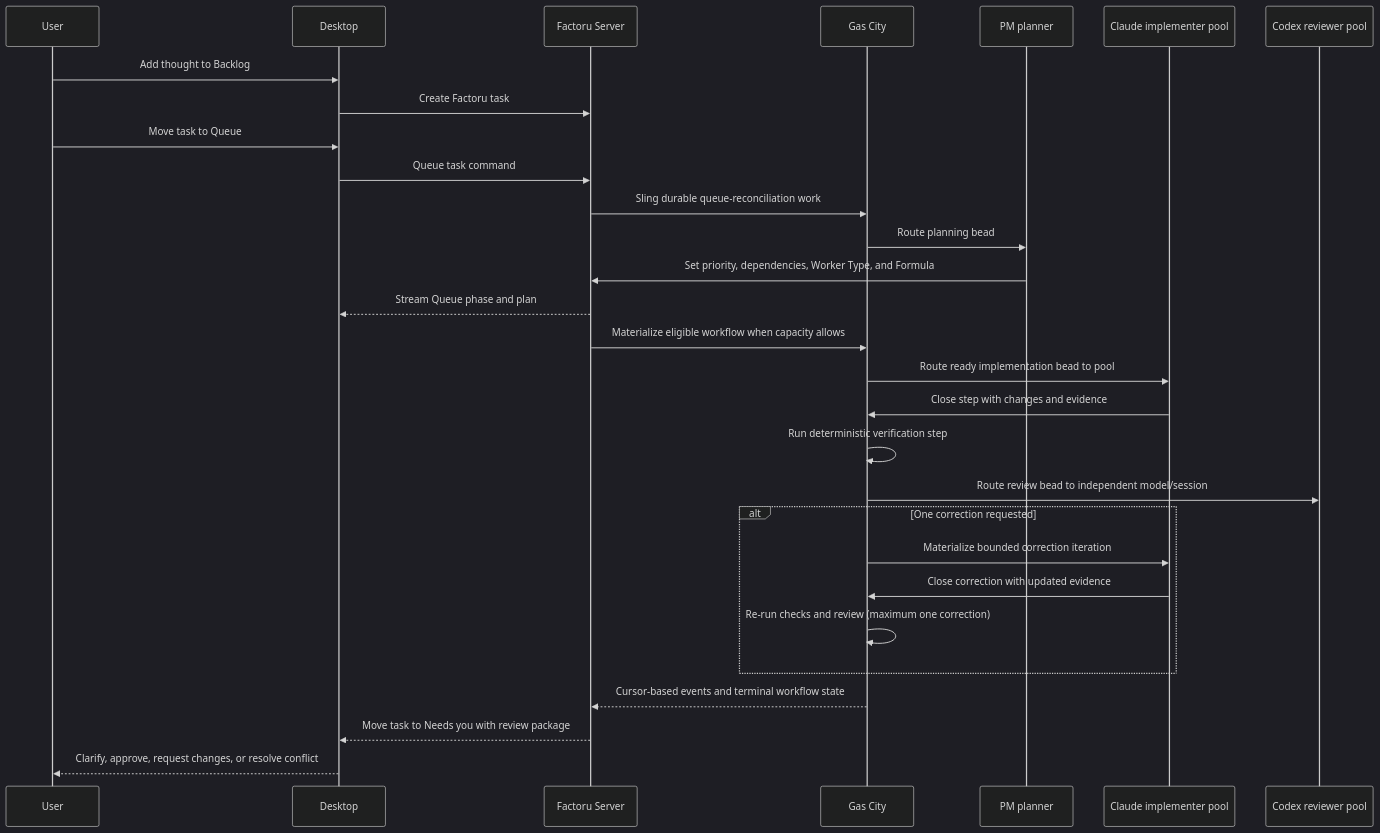
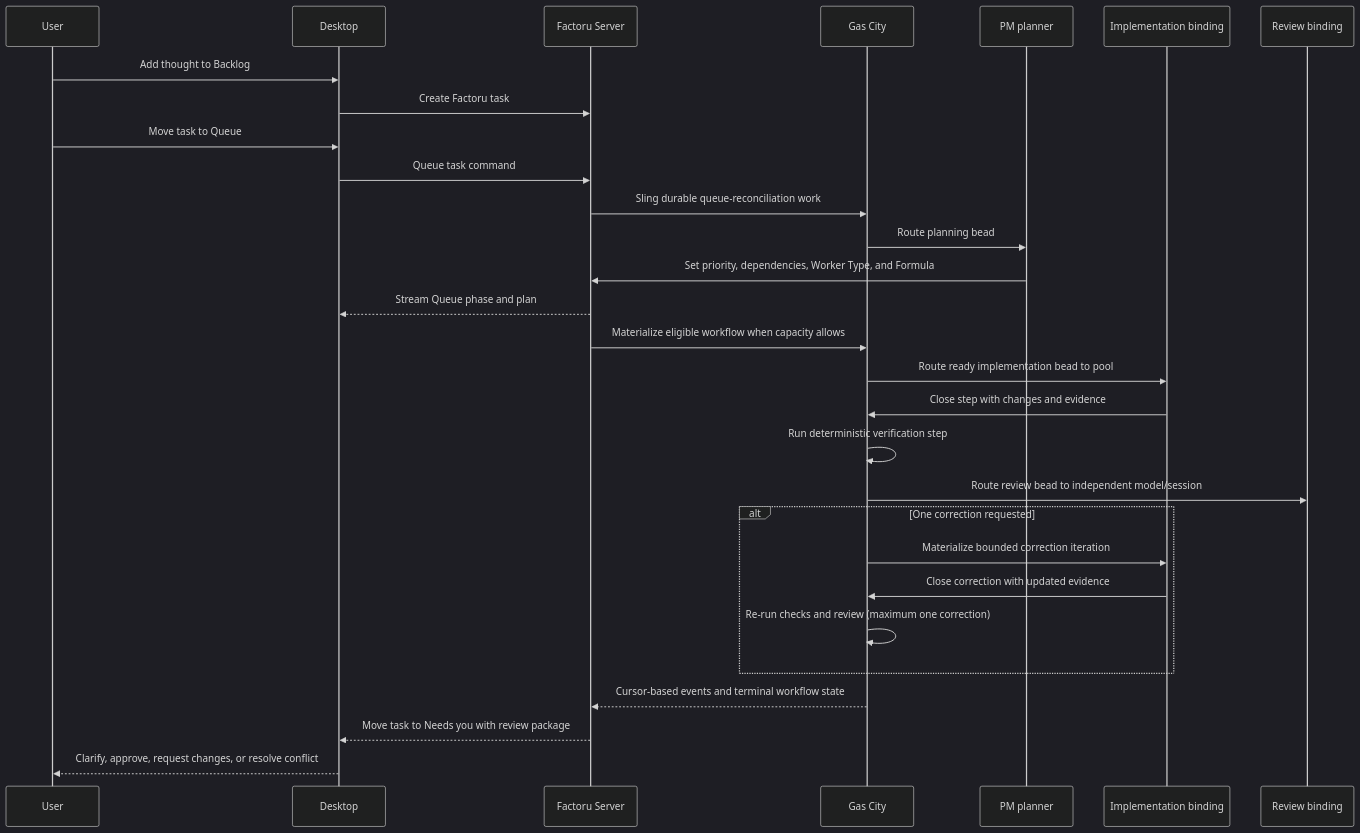
The seventh of 7 diagrams in docs/ARCHITECTURE.md (RUverse/factoru), drawn with Mermaid (dark theme) before and after one commit. The commit also changed other lines of this file and 3 other files, not shown here.

````diff
--- a/docs/ARCHITECTURE.md
+++ b/docs/ARCHITECTURE.md
@@ -643,32 +651,32 @@
 ```mermaid
 sequenceDiagram
     participant U as User
     participant D as Desktop
     participant S as Factoru Server
     participant G as Gas City
     participant PM as PM planner
-    participant W as Claude implementer pool
-    participant R as Codex reviewer pool
+    participant W as Implementation binding
+    participant R as Review binding
 
     U->>D: Add thought to Backlog
     D->>S: Create Factoru task
     U->>D: Move task to Queue
     D->>S: Queue task command
     S->>G: Sling durable queue-reconciliation work
     G->>PM: Route planning bead
     PM->>S: Set priority, dependencies, Worker Type, and Formula
     S-->>D: Stream Queue phase and plan
     S->>G: Materialize eligible workflow when capacity allows
     G->>W: Route ready implementation bead to pool
     W->>G: Close step with changes and evidence
     G->>G: Run deterministic verification step
     G->>R: Route review bead to independent model/session
     alt One correction requested
         G->>W: Materialize bounded correction iteration
         W->>G: Close correction with updated evidence
         G->>G: Re-run checks and review (maximum one correction)
     end
     G-->>S: Cursor-based events and terminal workflow state
     S-->>D: Move task to Needs you with review package
     D-->>U: Clarify, approve, request changes, or resolve conflict
 ```
````
